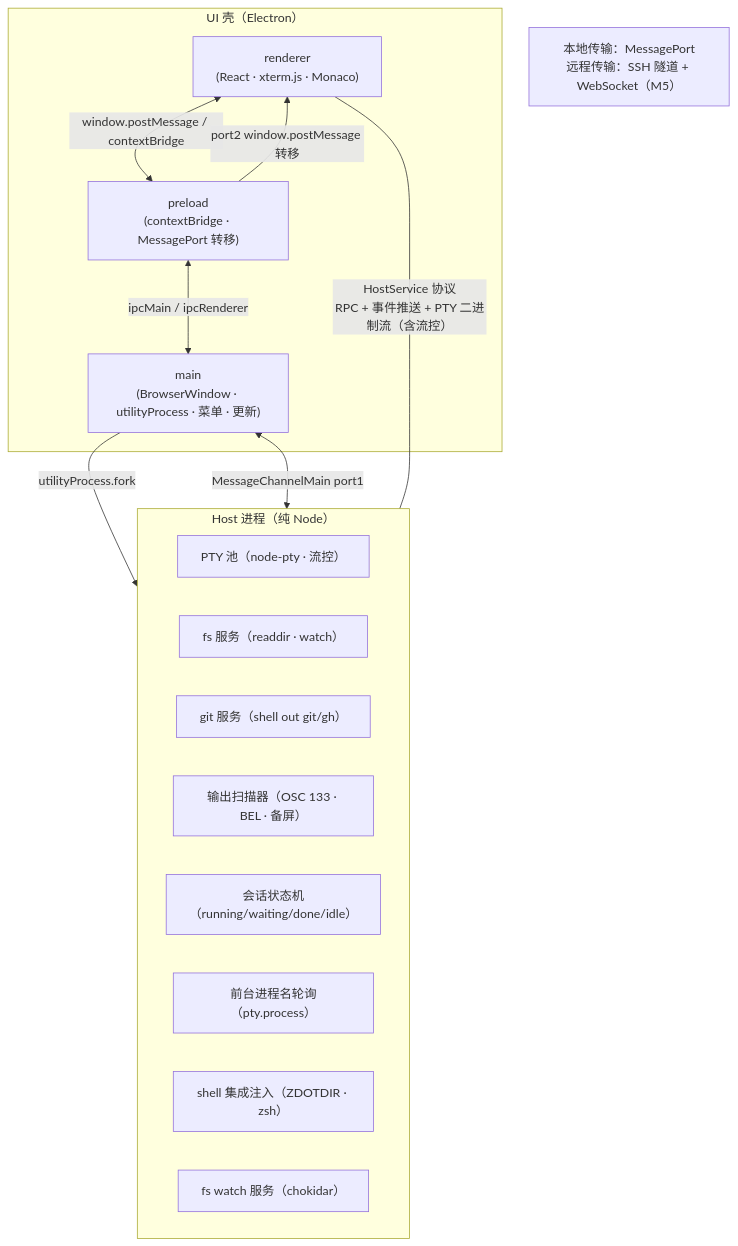
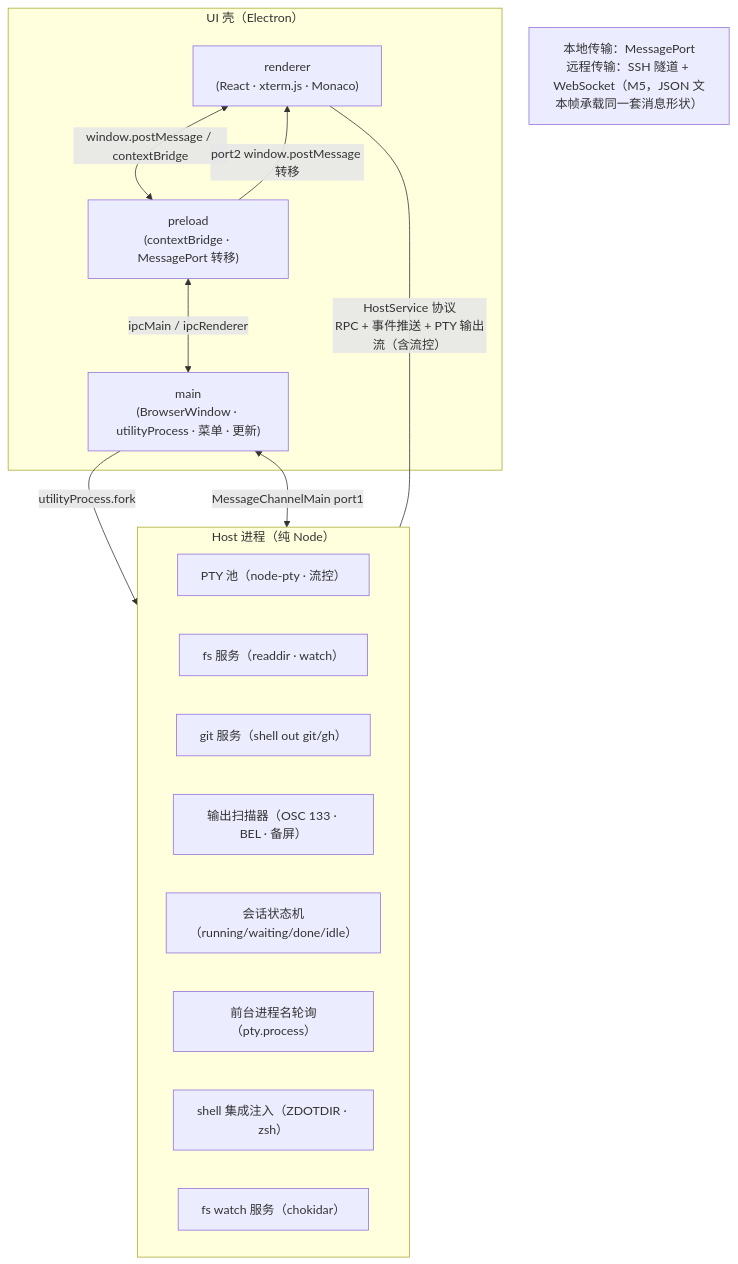
Before and after one commit to okteam99/termpro: the diagram in project-specs/ARCHITECTURE.md, drawn with Mermaid. The commit also changed other lines of this file and 6 other files, not shown here.

````diff
--- a/project-specs/ARCHITECTURE.md
+++ b/project-specs/ARCHITECTURE.md
@@ -12,29 +12,29 @@
 ```mermaid
 graph TD
   subgraph UI壳["UI 壳（Electron）"]
     renderer["renderer\n(React · xterm.js · Monaco)"]
     main["main\n(BrowserWindow · utilityProcess · 菜单 · 更新)"]
     preload["preload\n(contextBridge · MessagePort 转移)"]
     renderer <-->|window.postMessage / contextBridge| preload
     preload <-->|ipcMain / ipcRenderer| main
   end
 
   subgraph Host["Host 进程（纯 Node）"]
     ptyPool["PTY 池（node-pty · 流控）"]
     fsService["fs 服务（readdir · watch）"]
     gitService["git 服务（shell out git/gh）"]
     outputScanner["输出扫描器（OSC 133 · BEL · 备屏）"]
     sessionTracker["会话状态机（running/waiting/done/idle）"]
     proc["前台进程名轮询（pty.process）"]
     shellIntegration["shell 集成注入（ZDOTDIR · zsh）"]
     watchService["fs watch 服务（chokidar）"]
   end
 
   main -->|utilityProcess.fork| Host
   main <-->|MessageChannelMain port1| Host
   preload -->|port2 window.postMessage 转移| renderer
 
-  renderer -- "HostService 协议\nRPC + 事件推送 + PTY 二进制流（含流控）" --- Host
+  renderer -- "HostService 协议\nRPC + 事件推送 + PTY 输出流（含流控）" --- Host
 
-  note1["本地传输：MessagePort\n远程传输：SSH 隧道 + WebSocket（M5）"]
+  note1["本地传输：MessagePort\n远程传输：SSH 隧道 + WebSocket（M5，JSON 文本帧承载同一套消息形状）"]
 ```
````
